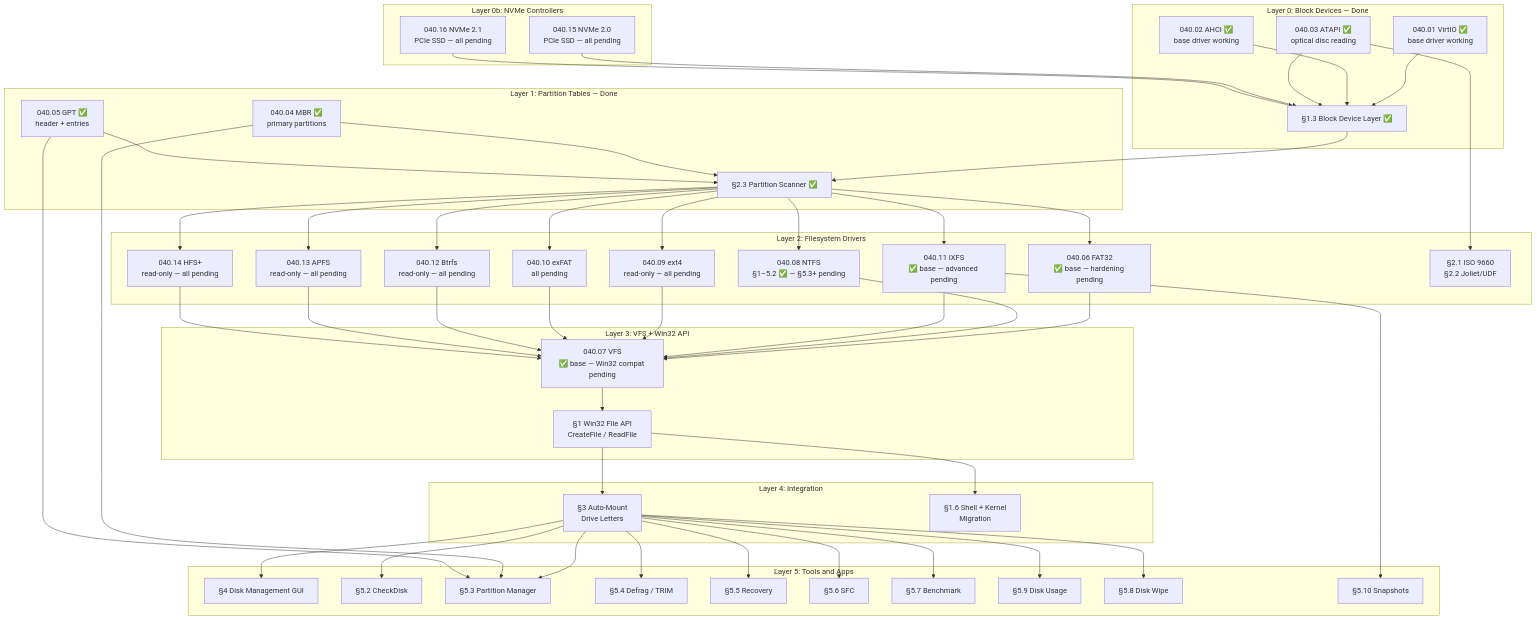
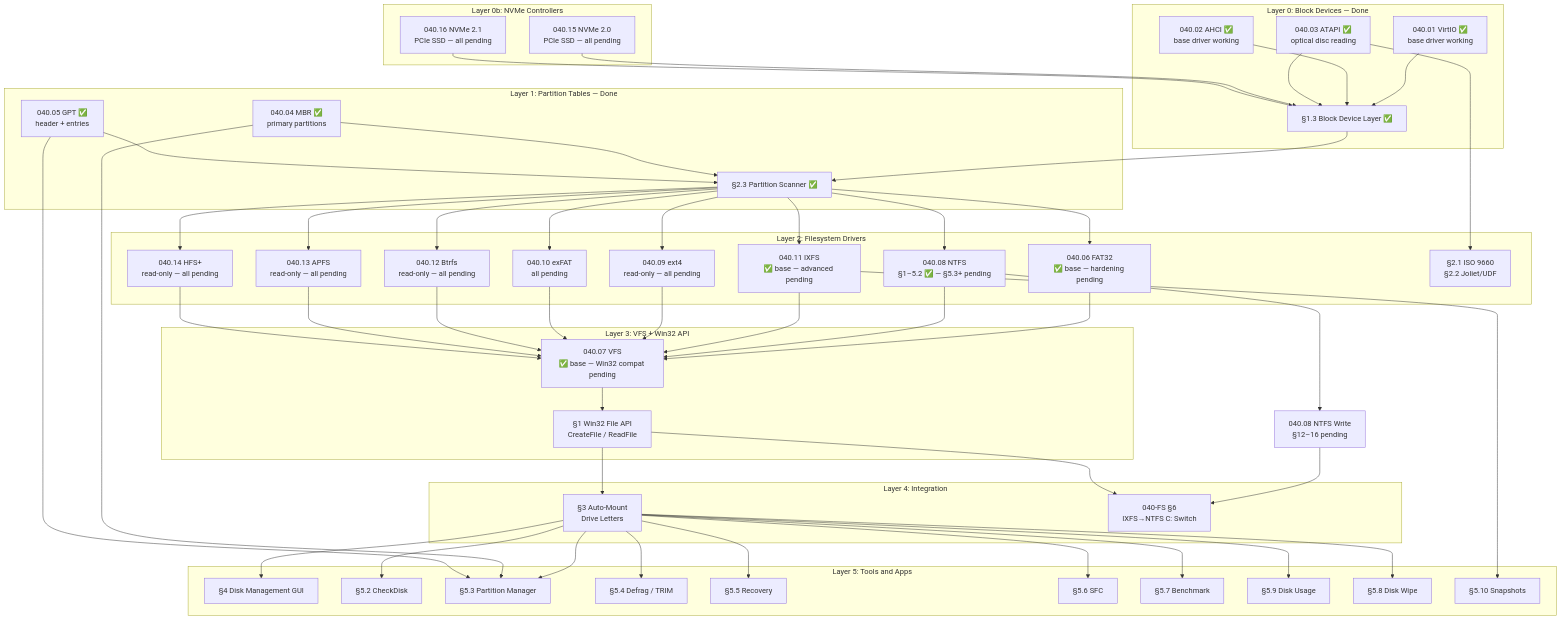
One commit to rizonesoft/impossible-os changed the diagram in todo/010-Kernel-Foundations/TODO-040-Filesystem.md. Above: the diagram before and after it, drawn with Mermaid. The commit also changed other lines of this file and 1 other file, not shown here.

First line of the commit message:
todo: add §6 IXFS→NTFS C: drive migration section

```diff
--- a/todo/010-Kernel-Foundations/TODO-040-Filesystem.md
+++ b/todo/010-Kernel-Foundations/TODO-040-Filesystem.md
@@ -108,6 +108,9 @@
     %% Layer 1 → Layer 2
     PARTSCAN --> FAT32
     PARTSCAN --> NTFS
+    NTFS_WRITE["040.08 NTFS Write<br/>§12–16 pending"]
+    NTFS --> NTFS_WRITE
+    NTFS_WRITE --> MIGRATE["040-FS §6<br/>IXFS→NTFS C: Switch"]
     PARTSCAN --> EXT4
     PARTSCAN --> EXFAT
     PARTSCAN --> IXFS
```
